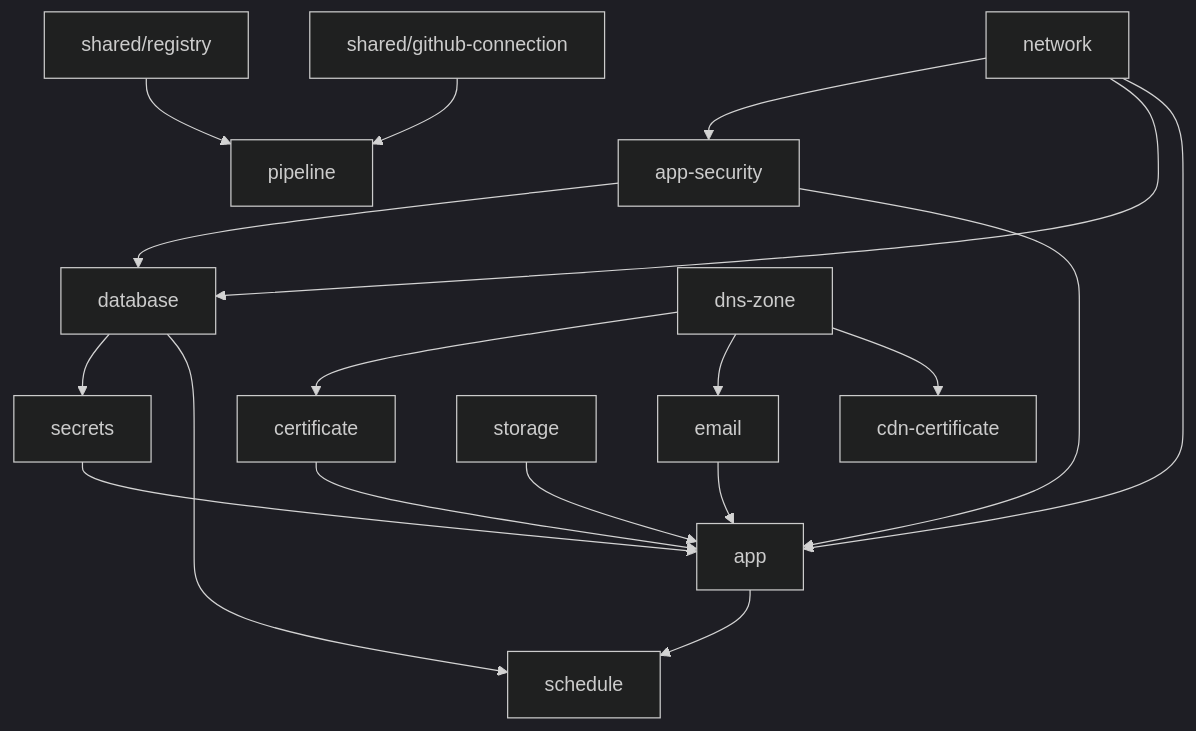
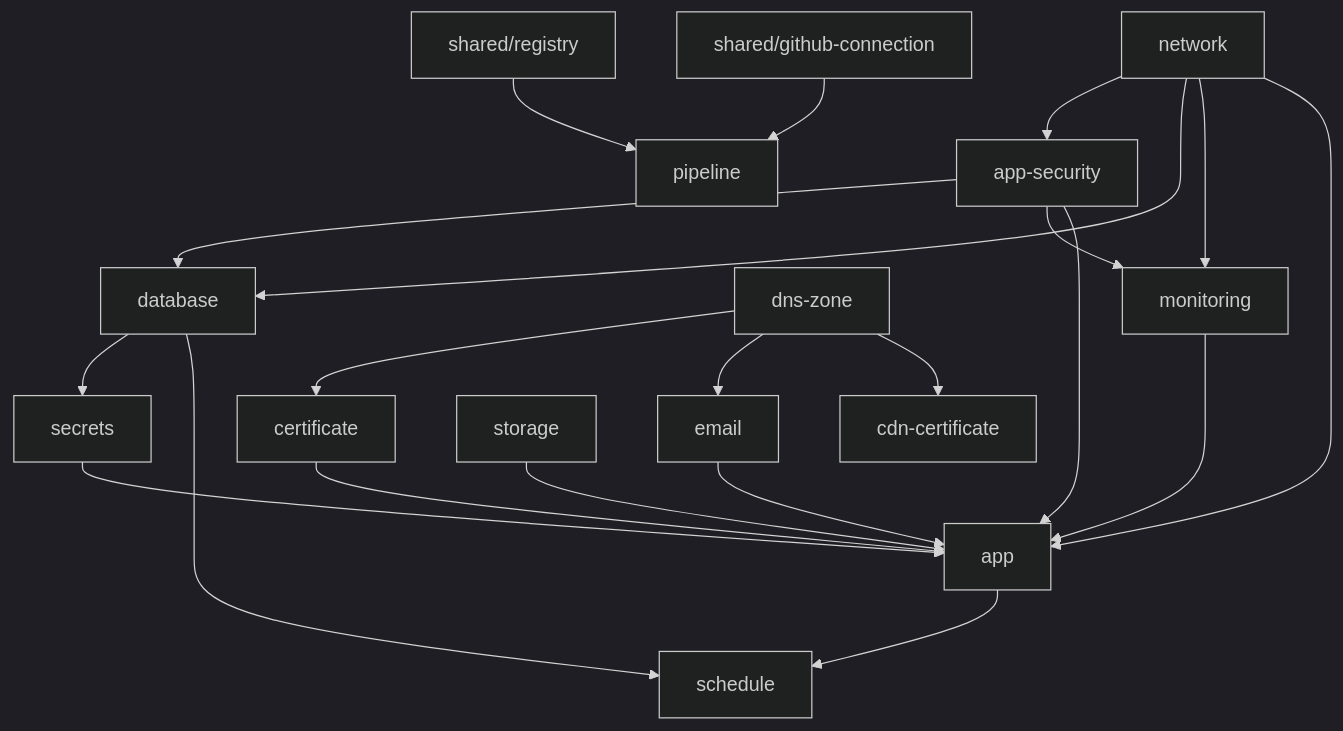
Before and after one commit to sergioortiz17/AcademiaDigital: the second of 2 diagrams in infra/README.md, drawn with Mermaid (dark theme). The commit also changed other lines of this file and 35 other files, not shown here.

````diff
--- a/infra/README.md
+++ b/infra/README.md
@@ -85,13 +87,14 @@
 ```mermaid
 flowchart TD
     network --> app-security
     network --> database
     app-security --> database
     dns-zone --> certificate
     dns-zone --> email
     database --> secrets
-    network & app-security & certificate & email & storage & secrets --> app
+    network & app-security --> monitoring
+    network & app-security & certificate & email & storage & secrets & monitoring --> app
     app & database --> schedule
     dns-zone --> cdn-certificate
     registry[shared/registry] & conn[shared/github-connection] --> pipeline
 ```
````
